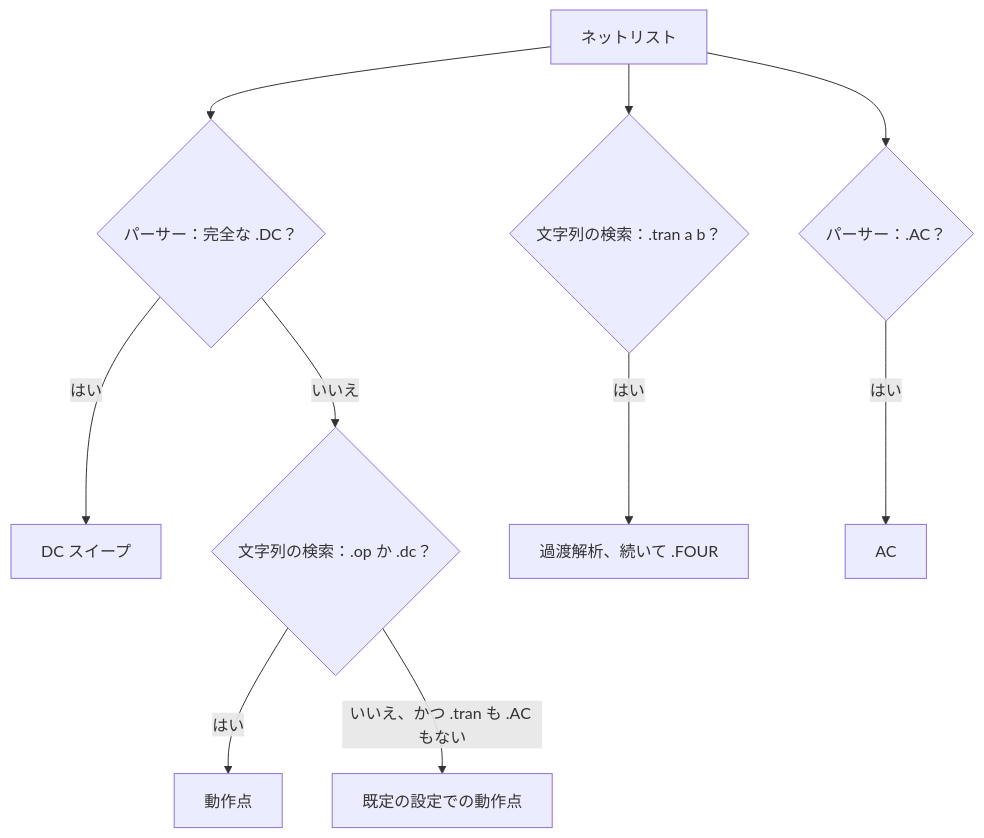
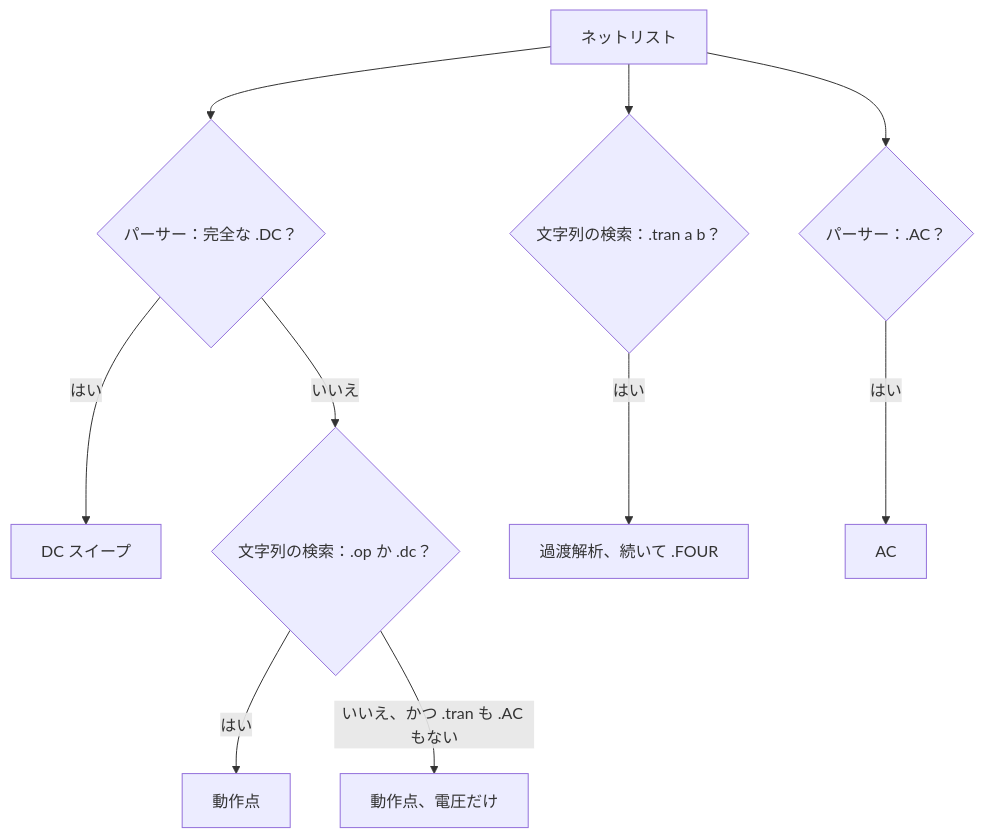
The second of 2 diagrams in docs/REFERENCE_MANUAL.ja.md (kurochan001/kirimaspice), drawn with Mermaid before and after one commit. The commit also changed other lines of this file and 17 other files, not shown here.

````diff
--- a/docs/REFERENCE_MANUAL.ja.md
+++ b/docs/REFERENCE_MANUAL.ja.md
@@ -354,12 +372,12 @@
 ```mermaid
 flowchart TD
   N[ネットリスト] --> P{"パーサー：完全な .DC？"}
   P -- "はい" --> SW["DC スイープ"]
   P -- "いいえ" --> S{"文字列の検索：.op か .dc？"}
   S -- "はい" --> OP["動作点"]
   N --> TS{"文字列の検索：.tran a b？"}
   TS -- "はい" --> TR["過渡解析、続いて .FOUR"]
   N --> A{"パーサー：.AC？"}
   A -- "はい" --> AC["AC"]
-  S -- "いいえ、かつ .tran も .AC もない" --> DEF["既定の設定での動作点"]
+  S -- "いいえ、かつ .tran も .AC もない" --> DEF["動作点、電圧だけ"]
 ```
````
